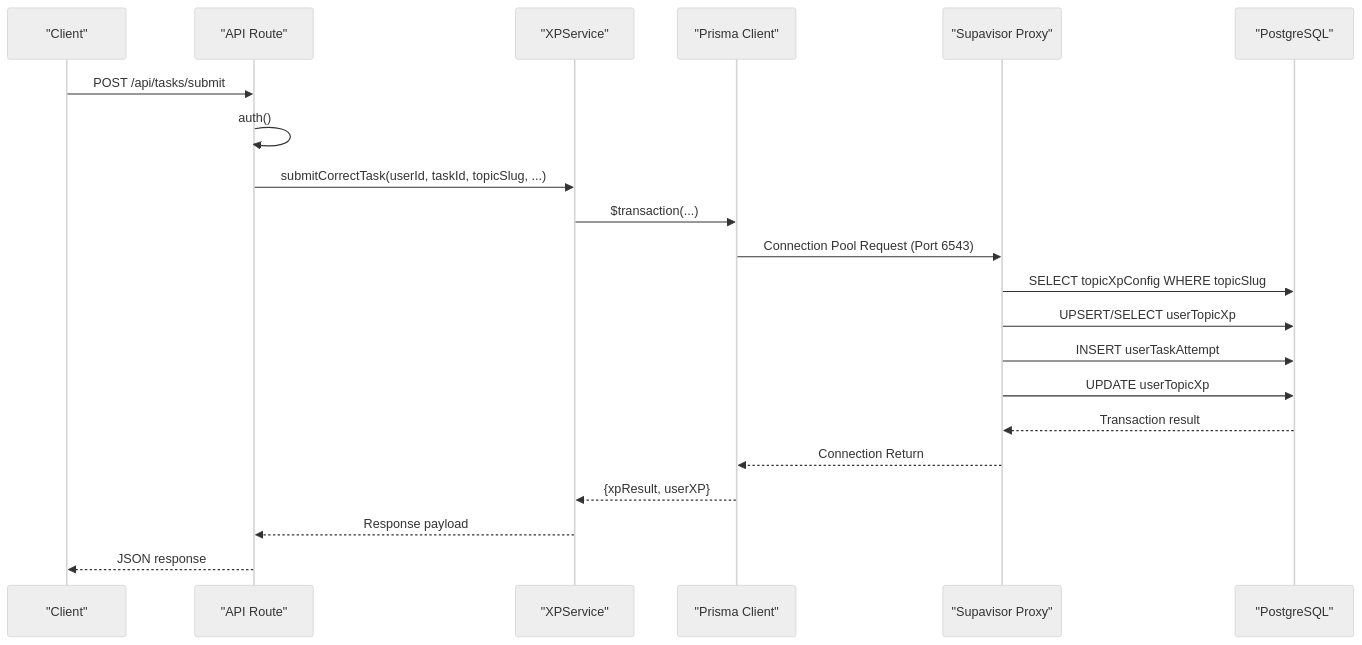
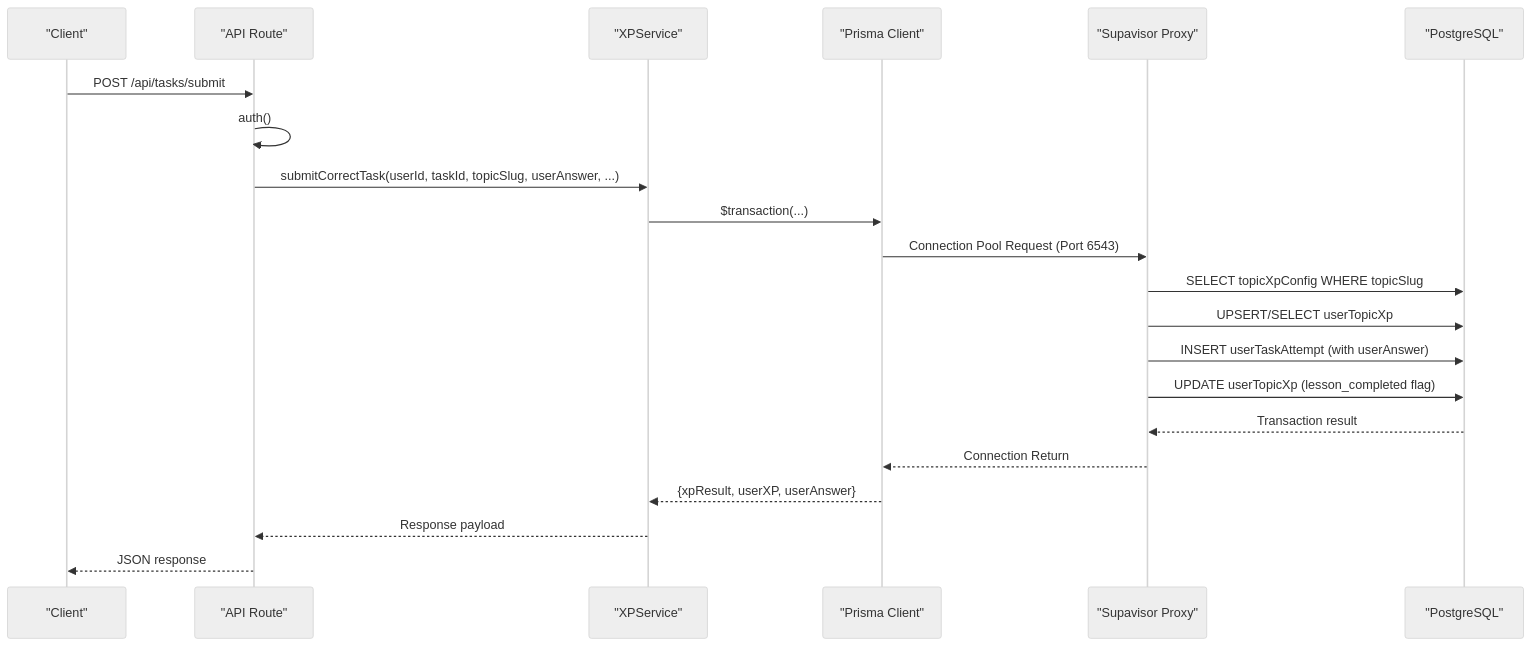
One commit to AlexKutz/math-app-next-js changed the second of 15 diagrams in .qoder/repowiki/en/content/Architecture & Design/Database Design & Integration.md. Above: the diagram before and after it, drawn with Mermaid (neutral theme). The commit also changed other lines of this file and 125 other files, not shown here.

````diff
--- a/.qoder/repowiki/en/content/Architecture & Design/Database Design & Integration.md
+++ b/.qoder/repowiki/en/content/Architecture & Design/Database Design & Integration.md
@@ -133,23 +146,23 @@
 ```mermaid
 sequenceDiagram
 participant Client as "Client"
 participant Route as "API Route"
 participant Service as "XPService"
 participant Prisma as "Prisma Client"
 participant Supavisor as "Supavisor Proxy"
 participant DB as "PostgreSQL"
 Client->>Route : POST /api/tasks/submit
 Route->>Route : auth()
-Route->>Service : submitCorrectTask(userId, taskId, topicSlug, ...)
+Route->>Service : submitCorrectTask(userId, taskId, topicSlug, userAnswer, ...)
 Service->>Prisma : $transaction(...)
 Prisma->>Supavisor : Connection Pool Request (Port 6543)
 Supavisor->>DB : SELECT topicXpConfig WHERE topicSlug
 Supavisor->>DB : UPSERT/SELECT userTopicXp
-Supavisor->>DB : INSERT userTaskAttempt
-Supavisor->>DB : UPDATE userTopicXp
+Supavisor->>DB : INSERT userTaskAttempt (with userAnswer)
+Supavisor->>DB : UPDATE userTopicXp (lesson_completed flag)
 DB-->>Supavisor : Transaction result
 Supavisor-->>Prisma : Connection Return
-Prisma-->>Service : {xpResult, userXP}
+Prisma-->>Service : {xpResult, userXP, userAnswer}
 Service-->>Route : Response payload
 Route-->>Client : JSON response
 ```
````
